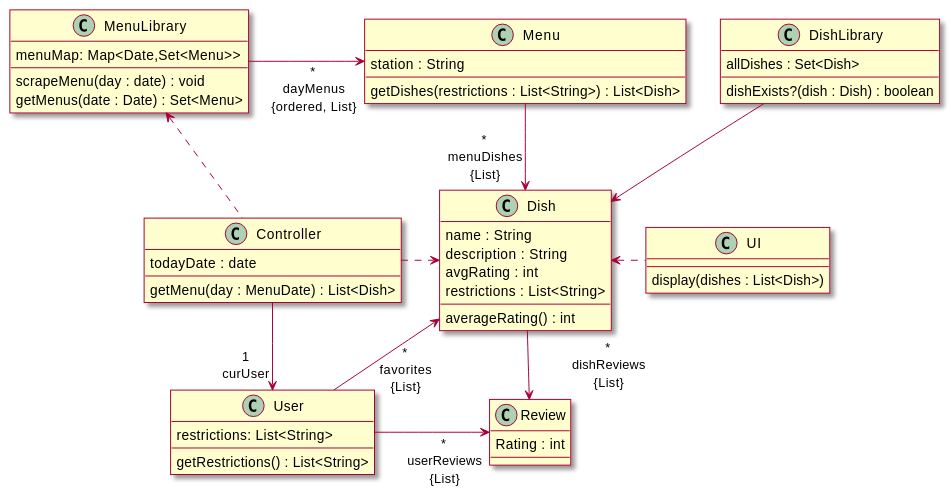
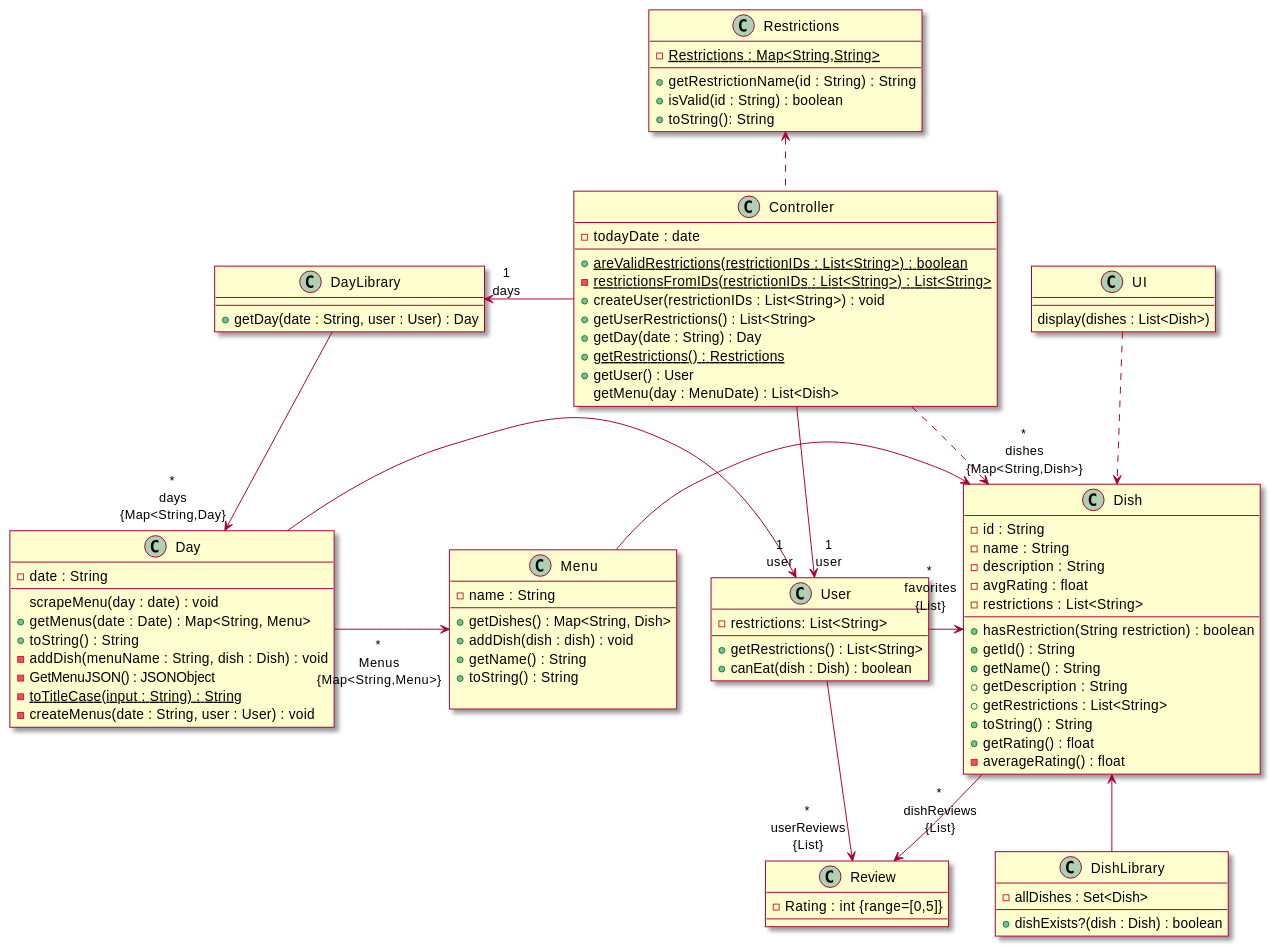
One commit to sashap100/Vassar-Dining-App changed the first of 4 diagrams in intellij/doc/design.md. Above: the diagram before and after it, drawn with PlantUML. The commit also changed 4 other files, not shown here.

Commit message:
Updated class diagram for code, created Review class (not implemented), added rating to dish (not implemented), added some detail to comments

````diff
--- a/intellij/doc/design.md
+++ b/intellij/doc/design.md
@@ -15,55 +15,94 @@
 
 ' classes
 class User{
-    restrictions: List<String>
+    - restrictions: List<String>
     --
-    getRestrictions() : List<String>
+    + getRestrictions() : List<String>
+    + canEat(dish : Dish) : boolean
 }
 class Review{
-    Rating : int
+    - Rating : int {range=[0,5]}
 }
-class MenuLibrary{
-    menuMap: Map<Date,Set<Menu>>
+class DayLibrary{
+    --
+    + getDay(date : String, user : User) : Day
+}
+class Day{
+    - date : String
     --
     scrapeMenu(day : date) : void
-    getMenus(date : Date) : Set<Menu>
+    + getMenus(date : Date) : Map<String, Menu>
+    + toString() : String
+    - addDish(menuName : String, dish : Dish) : void
+    - GetMenuJSON() : JSONObject
+    {static} - toTitleCase(input : String) : String
+    - createMenus(date : String, user : User) : void
 }
 class Menu{
-    station : String
+    - name : String
     --
-    getDishes(restrictions : List<String>) : List<Dish>
+    + getDishes() : Map<String, Dish>
+    + addDish(dish : dish) : void
+    + getName() : String
+    + toString() : String
+    
 }
 class Dish{
-    name : String
-    description : String
-    avgRating : int
-    restrictions : List<String>
+    - id : String
+    - name : String
+    - description : String
+    - avgRating : float
+    - restrictions : List<String>
     --
-    averageRating() : int
+    + hasRestriction(String restriction) : boolean
+    + getId() : String
+    + getName() : String
+    + getDescription : String
+    + getRestrictions : List<String>
+    + toString() : String
+    + getRating() : float
+    - averageRating() : float
 }
 class DishLibrary{
-    allDishes : Set<Dish>
+    - allDishes : Set<Dish>
     __
-    dishExists?(dish : Dish) : boolean
+    + dishExists?(dish : Dish) : boolean
 }
 class Controller{
-    todayDate : date
+    - todayDate : date
     --
+    {static} + areValidRestrictions(restrictionIDs : List<String>) : boolean
+    {static} - restrictionsFromIDs(restrictionIDs : List<String>) : List<String>
+    + createUser(restrictionIDs : List<String>) : void
+    + getUserRestrictions() : List<String>
+    + getDay(date : String) : Day
+    {static} + getRestrictions() : Restrictions
+    + getUser() : User
     getMenu(day : MenuDate) : List<Dish>
+}
+class Restrictions{
+    {static} - Restrictions : Map<String,String>
+    --
+    + getRestrictionName(id : String) : String
+    + isValid(id : String) : boolean
+    + toString(): String
 }
 class UI{
     display(dishes : List<Dish>)
 }
 
 ' associations
-User --right-> "\t*\n \tuserReviews\n\t{List}" Review : \t\t\t
-User -up-> "\n*\nfavorites\n{List}" Dish
-Dish --> "\t*\n\tdishReviews\n\t{List}\n" Review
-MenuLibrary -right-> "*\ndayMenus\n{ordered, List}" Menu : \t\t\t
-Menu -down-> "*\nmenuDishes\n{List}" Dish : \t\t
-Controller -> "1\ncurUser" User
-Controller .up.> MenuLibrary
+User -down-> "\t*\n \tuserReviews\n\t{List}" Review : \t\t\t
+User -> "\n*\nfavorites\n{List}" Dish
+Dish -down-> "*\ndishReviews\n{List}\n" Review
+Day -> "*\nMenus\n{Map<String,Menu>}" Menu : \t\t\t
+Menu -> "*\ndishes\n{Map<String,Dish>}" Dish : \t\t
+Controller -down-> "1\nuser" User
+Controller -left-> "1\ndays" DayLibrary
 Controller .> Dish
-UI .left.> Dish
-DishLibrary --> Dish
+UI .down.> Dish
+DishLibrary -up-> Dish
+Day -> "1\nuser" User
+DayLibrary -down-> "*\ndays\n{Map<String,Day}" Day
+Controller .up.> Restrictions
 ```
````
